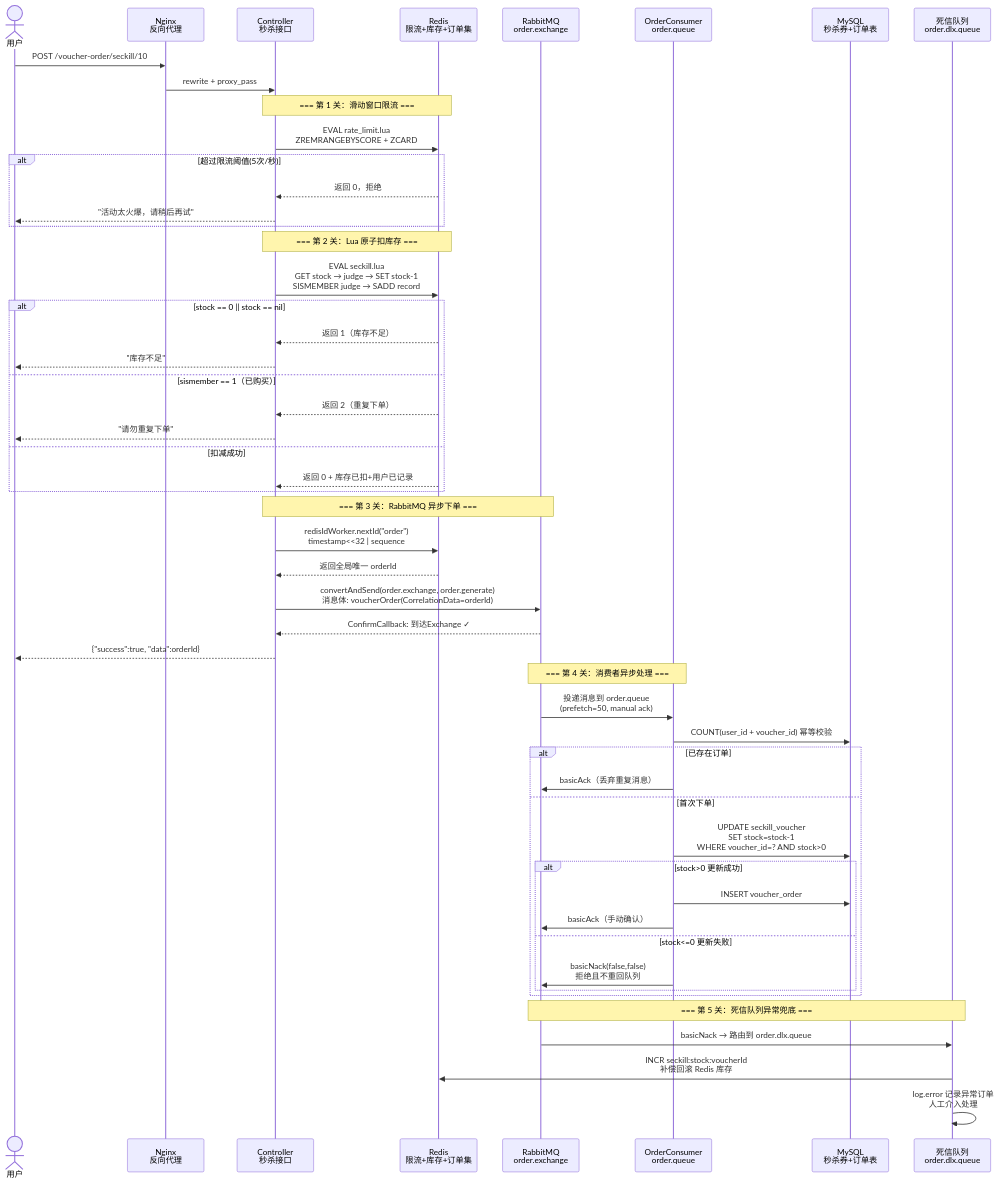
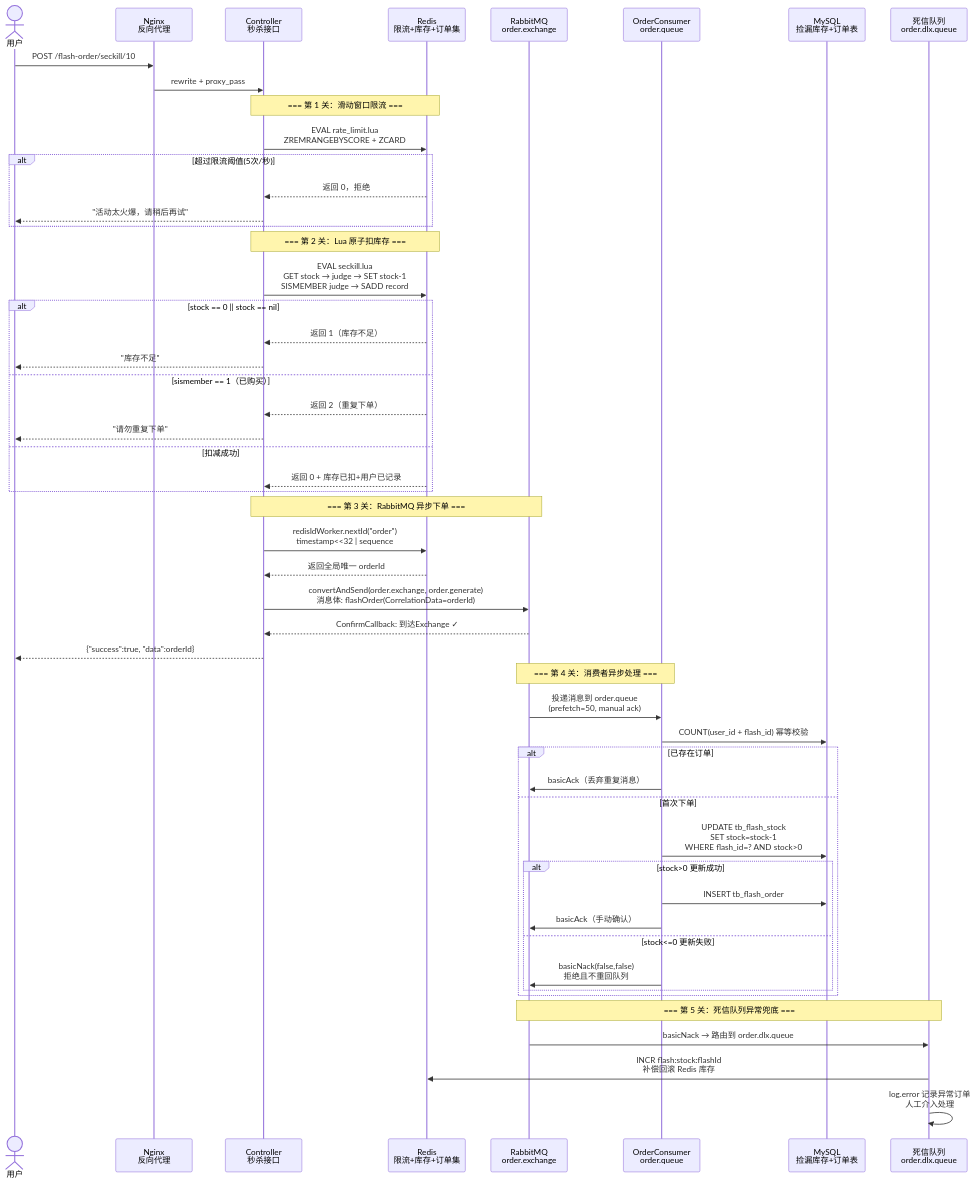
Before and after one commit to orange-orunji/Xiantao: the diagram in docs/interview-guide.md, drawn with Mermaid. The commit also changed other lines of this file, not shown here.

Commit message:
docs(guide): 面试话术指南对齐闲淘（商户/博客/voucher→商品/晒物/flash；并发数修正为 1000）

````diff
--- a/docs/interview-guide.md
+++ b/docs/interview-guide.md
@@ -293,60 +293,60 @@
 ```mermaid
 sequenceDiagram
     actor User as 用户
     participant Nginx as Nginx<br/>反向代理
     participant Ctrl as Controller<br/>秒杀接口
     participant Redis as Redis<br/>限流+库存+订单集
     participant MQ as RabbitMQ<br/>order.exchange
     participant Consumer as OrderConsumer<br/>order.queue
-    participant DB as MySQL<br/>秒杀券+订单表
+    participant DB as MySQL<br/>捡漏库存+订单表
     participant DLX as 死信队列<br/>order.dlx.queue
 
-    User->>Nginx: POST /voucher-order/seckill/10
+    User->>Nginx: POST /flash-order/seckill/10
     Nginx->>Ctrl: rewrite + proxy_pass
 
     Note over Ctrl,Redis: === 第 1 关：滑动窗口限流 ===
     Ctrl->>Redis: EVAL rate_limit.lua<br/>ZREMRANGEBYSCORE + ZCARD
     alt 超过限流阈值(5次/秒)
         Redis-->>Ctrl: 返回 0，拒绝
         Ctrl-->>User: "活动太火爆，请稍后再试"
     end
 
     Note over Ctrl,Redis: === 第 2 关：Lua 原子扣库存 ===
     Ctrl->>Redis: EVAL seckill.lua<br/>GET stock → judge → SET stock-1<br/>SISMEMBER judge → SADD record
     alt stock == 0 || stock == nil
         Redis-->>Ctrl: 返回 1（库存不足）
         Ctrl-->>User: "库存不足"
     else sismember == 1（已购买）
         Redis-->>Ctrl: 返回 2（重复下单）
         Ctrl-->>User: "请勿重复下单"
     else 扣减成功
         Redis-->>Ctrl: 返回 0 + 库存已扣+用户已记录
     end
 
     Note over Ctrl,MQ: === 第 3 关：RabbitMQ 异步下单 ===
     Ctrl->>Redis: redisIdWorker.nextId("order")<br/>timestamp<<32 | sequence
     Redis-->>Ctrl: 返回全局唯一 orderId
-    Ctrl->>MQ: convertAndSend(order.exchange, order.generate)<br/>消息体: voucherOrder(CorrelationData=orderId)
+    Ctrl->>MQ: convertAndSend(order.exchange, order.generate)<br/>消息体: flashOrder(CorrelationData=orderId)
     MQ-->>Ctrl: ConfirmCallback: 到达Exchange ✓
     Ctrl-->>User: {"success":true, "data":orderId}
 
     Note over MQ,Consumer: === 第 4 关：消费者异步处理 ===
     MQ->>Consumer: 投递消息到 order.queue<br/>(prefetch=50, manual ack)
-    Consumer->>DB: COUNT(user_id + voucher_id) 幂等校验
+    Consumer->>DB: COUNT(user_id + flash_id) 幂等校验
     alt 已存在订单
         Consumer->>MQ: basicAck（丢弃重复消息）
     else 首次下单
-        Consumer->>DB: UPDATE seckill_voucher<br/>SET stock=stock-1<br/>WHERE voucher_id=? AND stock>0
+        Consumer->>DB: UPDATE tb_flash_stock<br/>SET stock=stock-1<br/>WHERE flash_id=? AND stock>0
         alt stock>0 更新成功
-            Consumer->>DB: INSERT voucher_order
+            Consumer->>DB: INSERT tb_flash_order
             Consumer->>MQ: basicAck（手动确认）
         else stock<=0 更新失败
             Consumer->>MQ: basicNack(false,false)<br/>拒绝且不重回队列
         end
     end
 
     Note over MQ,DLX: === 第 5 关：死信队列异常兜底 ===
     MQ->>DLX: basicNack → 路由到 order.dlx.queue
-    DLX->>Redis: INCR seckill:stock:voucherId<br/>补偿回滚 Redis 库存
+    DLX->>Redis: INCR flash:stock:flashId<br/>补偿回滚 Redis 库存
     DLX->>DLX: log.error 记录异常订单<br/>人工介入处理
 ```
````
